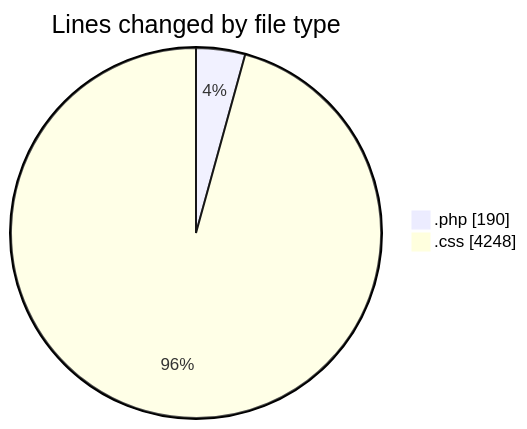
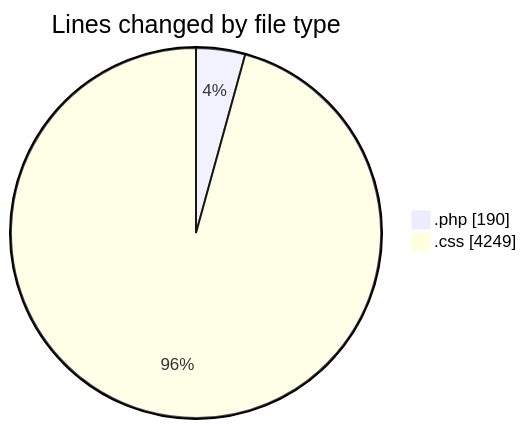
Before and after one commit to debugP/code-tracking: the first of 2 diagrams in 2026-11-04/wp-content/README.md, drawn with Mermaid. The commit also changed other lines of this file and 1 other file, not shown here.

````diff
--- a/2026-11-04/wp-content/README.md
+++ b/2026-11-04/wp-content/README.md
@@ -21,6 +21,6 @@
 ```mermaid
 pie showData
 title Lines changed by file type
 ".php" : 190
-".css" : 4248
+".css" : 4249
 ```
````
